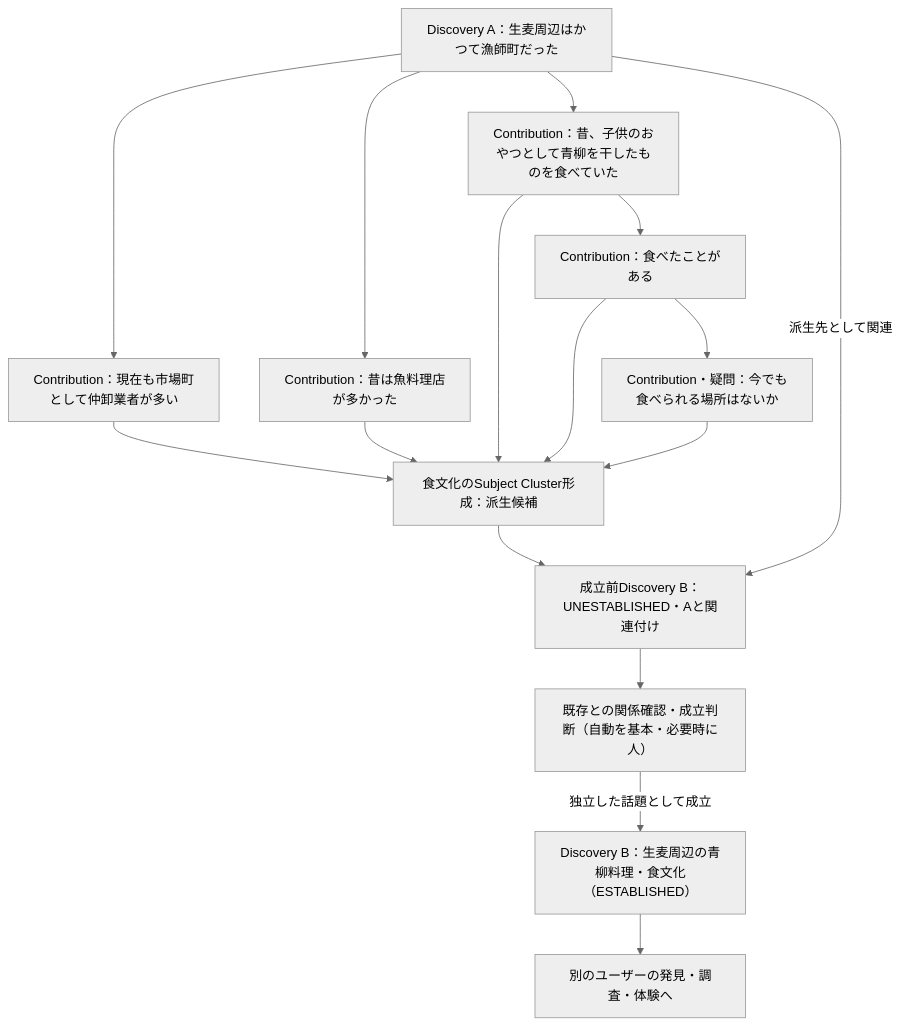
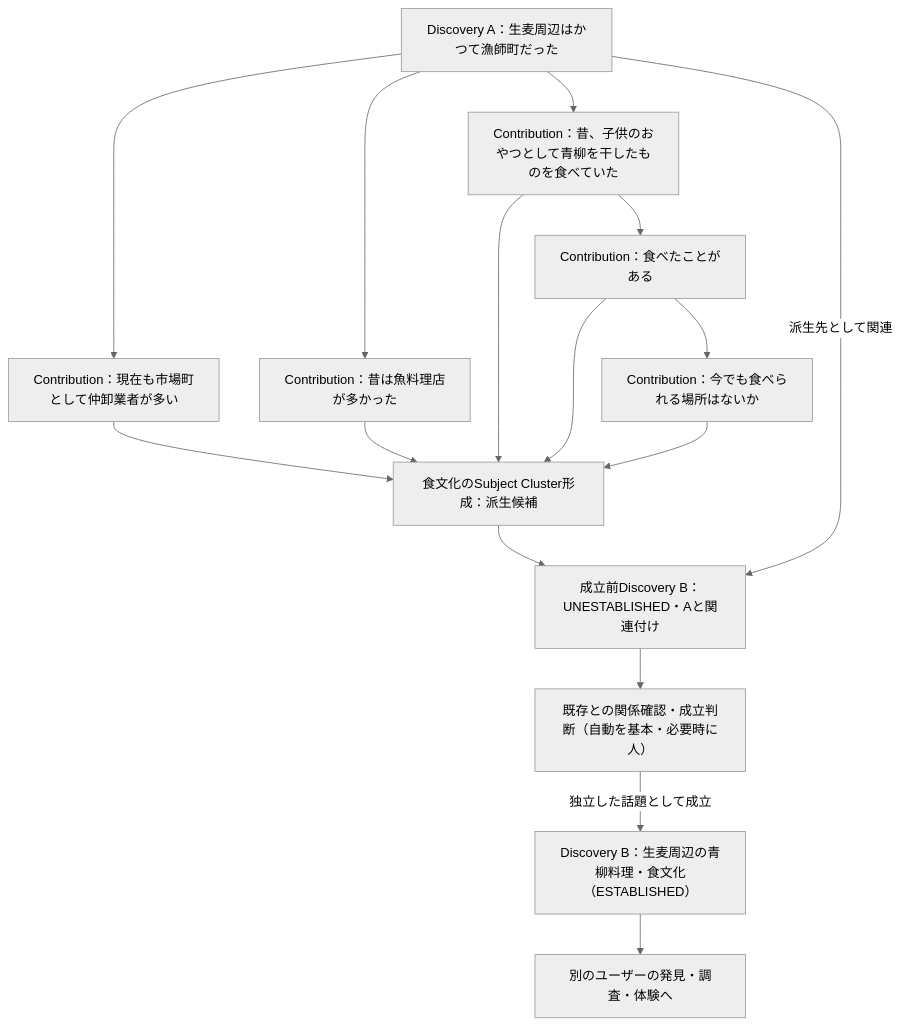
One commit to ex-day/platform changed the fourth of 6 diagrams in docs/ex-day_domain_model.md. Above: the diagram before and after it, drawn with Mermaid (neutral theme). The commit also changed other lines of this file and 3 other files, not shown here.

````diff
--- a/docs/ex-day_domain_model.md
+++ b/docs/ex-day_domain_model.md
@@ -487,29 +501,29 @@
 ```mermaid
 flowchart TD
     A["Discovery A：生麦周辺はかつて漁師町だった"]
     C1["Contribution：現在も市場町として仲卸業者が多い"]
     C2["Contribution：昔は魚料理店が多かった"]
     C3["Contribution：昔、子供のおやつとして青柳を干したものを食べていた"]
     C4["Contribution：食べたことがある"]
-    C5["Contribution・疑問：今でも食べられる場所はないか"]
+    C5["Contribution：今でも食べられる場所はないか"]
     F["食文化のSubject Cluster形成：派生候補"]
     BU["成立前Discovery B：UNESTABLISHED・Aと関連付け"]
     J["既存との関係確認・成立判断（自動を基本・必要時に人）"]
     B["Discovery B：生麦周辺の青柳料理・食文化（ESTABLISHED）"]
     E["別のユーザーの発見・調査・体験へ"]
     A --> C1
     A --> C2
     A --> C3
     C3 --> C4
     C4 --> C5
     C1 --> F
     C2 --> F
     C3 --> F
     C4 --> F
     C5 --> F
     F --> BU
     A -->|派生先として関連| BU
     BU --> J
     J -->|独立した話題として成立| B
     B --> E
 ```
````
